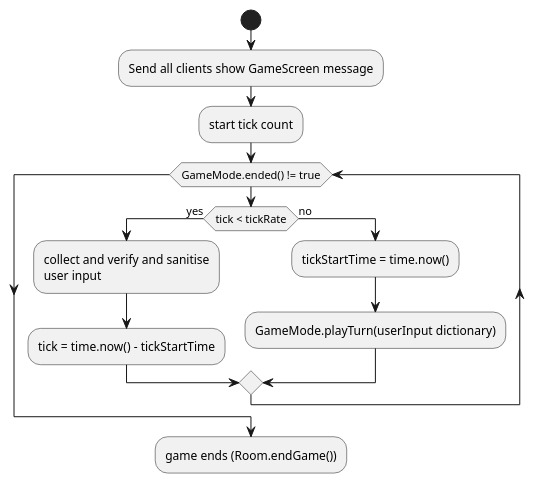
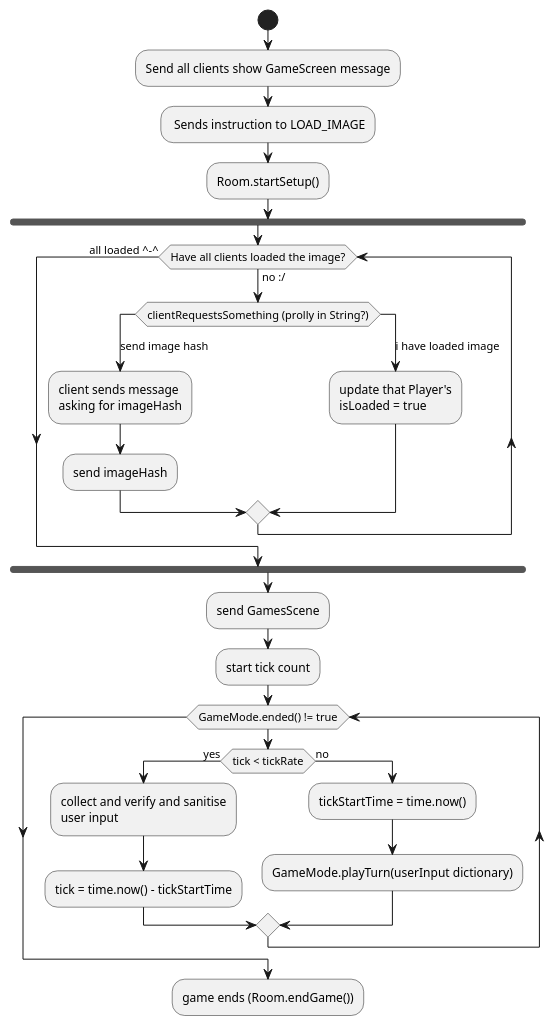
The diagram in Flowcharts/Server/RoomClassFlowchart.pu (yashdwivedi/mavenproject1), drawn with PlantUML before and after one commit. The commit also changed 2 other files, not shown here.

Commit message:
added more planning and flowcharts - added common classes (in both Client & Server) - went deeper into how the client should load the image aka the server-client process of communication - added some more methods into ServerClasses

```diff
--- a/Flowcharts/Server/RoomClassFlowchart.pu
+++ b/Flowcharts/Server/RoomClassFlowchart.pu
@@ -1,16 +1,33 @@
 @startuml
 start
 :Send all clients show GameScreen message;
+: Sends instruction to LOAD_IMAGE;
+:Room.startSetup();
+fork
+    while (Have all clients loaded the image?) is (no :/)
+
+        switch (clientRequestsSomething (prolly in String?))
+        case (send image hash)
+            :client sends message
+            asking for imageHash;
+            :send imageHash;
+        case (i have loaded image)
+            :update that Player's
+            isLoaded = true;
+        endswitch
+    endwhile (all loaded ^-^)
+end fork
+:send GamesScene;
 :start tick count;
 while (GameMode.ended() != true)
     if (tick < tickRate) then (yes)
         :collect and verify and sanitise
         user input;
         :tick = time.now() - tickStartTime;
     else (no)
         :tickStartTime = time.now();
         :GameMode.playTurn(userInput dictionary);
     endif
 endwhile
     :game ends (Room.endGame());
 @enduml
```
